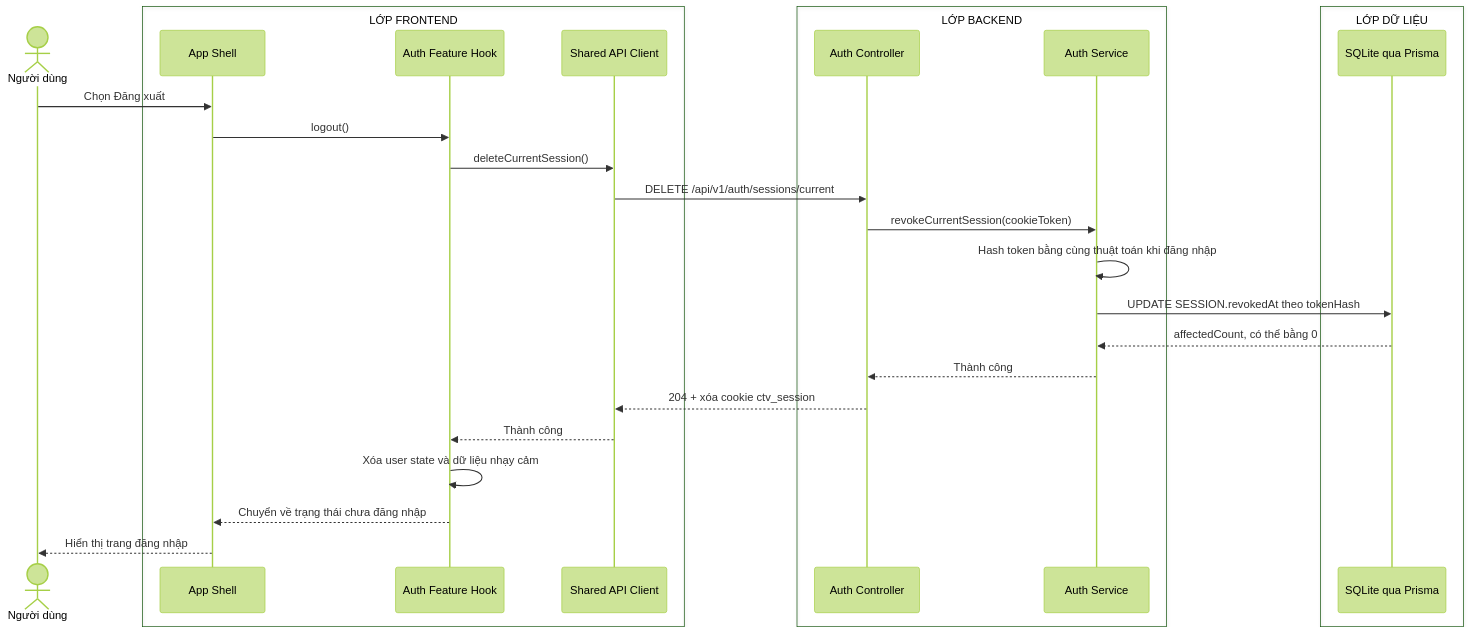
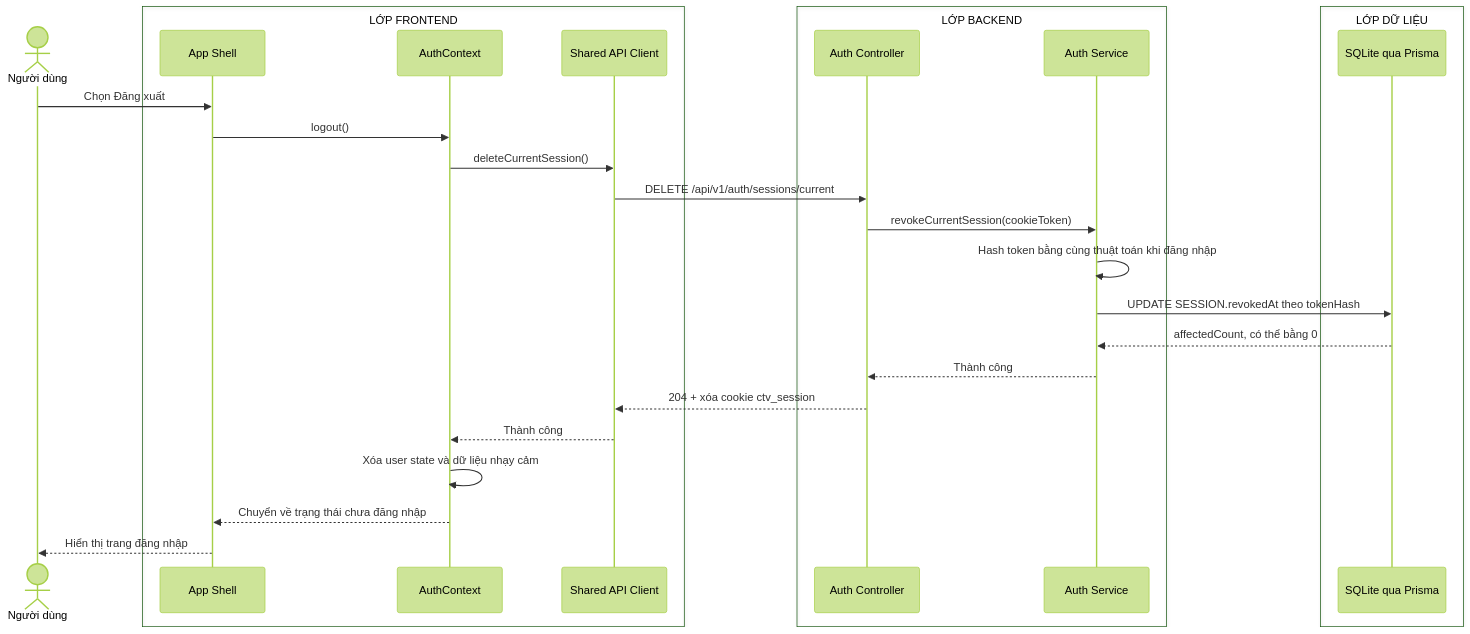
The diagram in docs/sequence-diagrams/08-dang-xuat.md (MINHDZVODICH/ctv-manage), drawn with Mermaid (forest theme) before and after one commit. The commit also changed other lines of this file and 43 other files, not shown here.

````diff
--- a/docs/sequence-diagrams/08-dang-xuat.md
+++ b/docs/sequence-diagrams/08-dang-xuat.md
@@ -5,31 +5,31 @@
 ```mermaid
 sequenceDiagram
     actor U as Người dùng
     box LỚP FRONTEND
         participant UI as App Shell
-        participant H as Auth Feature Hook
+        participant H as AuthContext
         participant API as Shared API Client
     end
     box LỚP BACKEND
         participant C as Auth Controller
         participant S as Auth Service
     end
     box LỚP DỮ LIỆU
         participant DB as SQLite qua Prisma
     end
 
     U->>UI: Chọn Đăng xuất
     UI->>H: logout()
     H->>API: deleteCurrentSession()
     API->>C: DELETE /api/v1/auth/sessions/current
     C->>S: revokeCurrentSession(cookieToken)
     S->>S: Hash token bằng cùng thuật toán khi đăng nhập
     S->>DB: UPDATE SESSION.revokedAt theo tokenHash
     DB-->>S: affectedCount, có thể bằng 0
     S-->>C: Thành công
     C-->>API: 204 + xóa cookie ctv_session
     API-->>H: Thành công
     H->>H: Xóa user state và dữ liệu nhạy cảm
     H-->>UI: Chuyển về trạng thái chưa đăng nhập
     UI-->>U: Hiển thị trang đăng nhập
 ```
````
